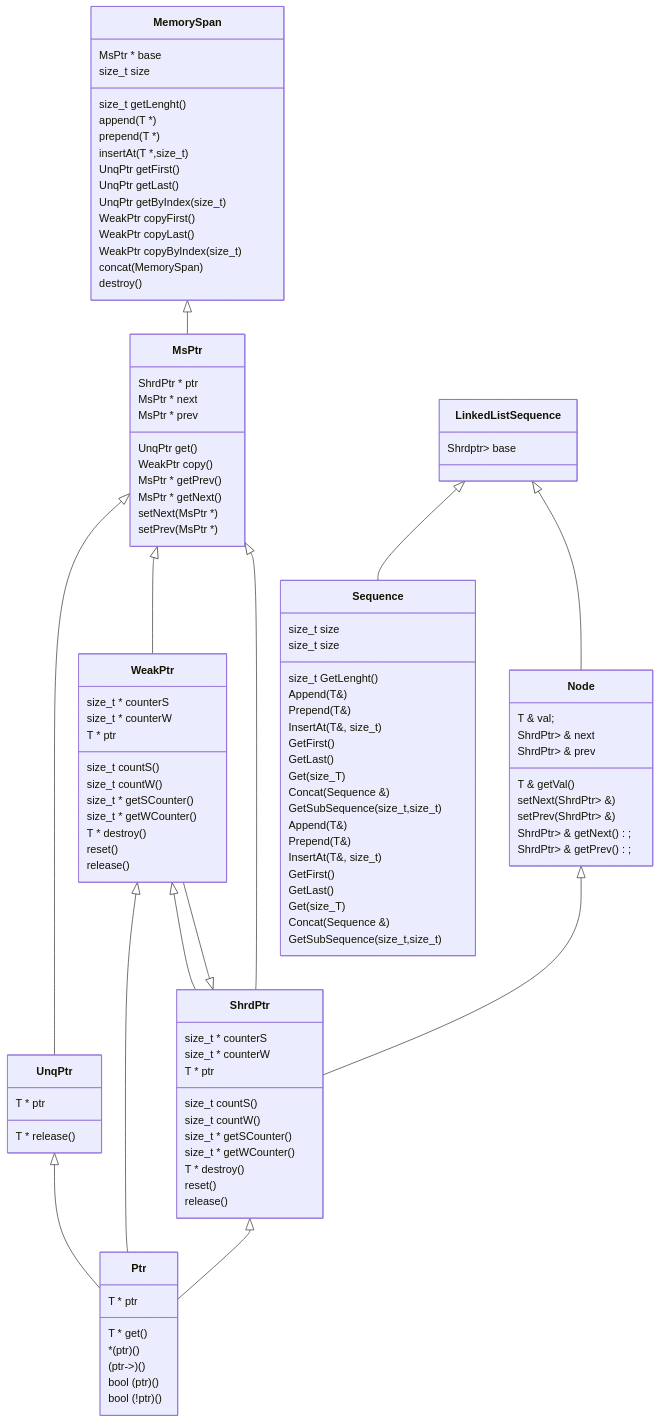
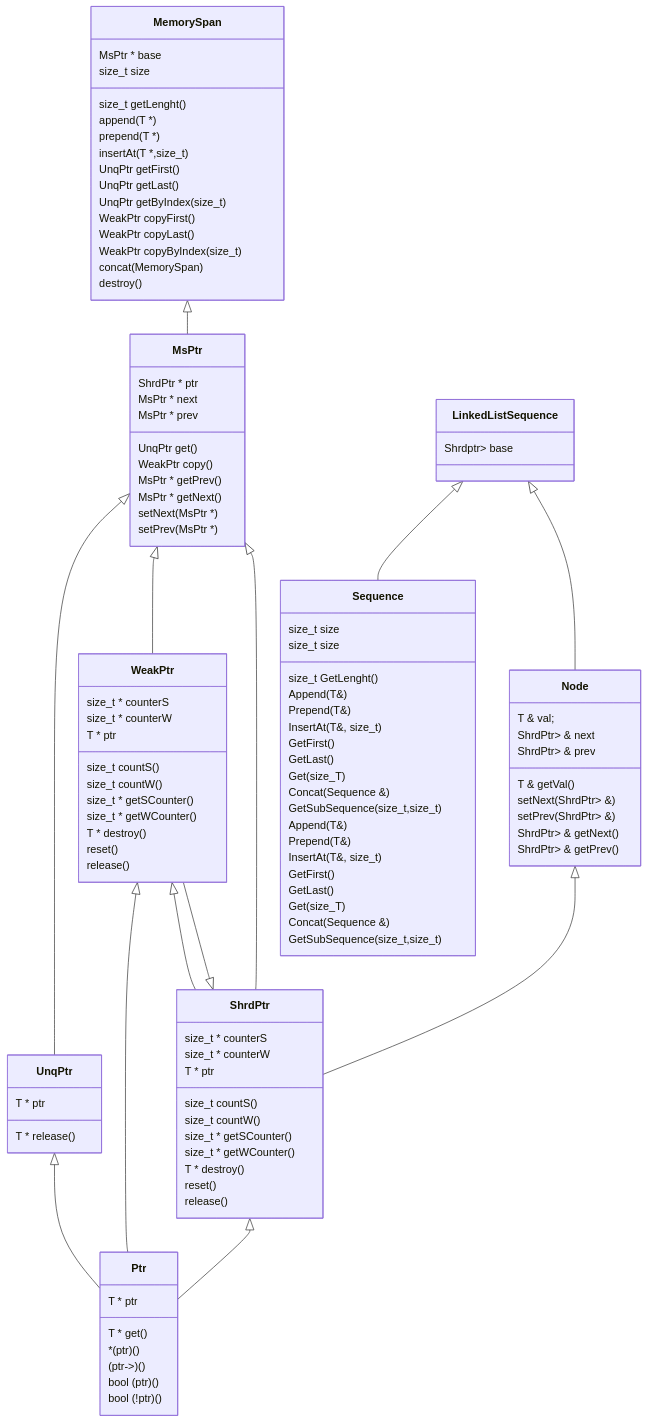
One commit to ogerion/Lab1 changed the diagram in README.md. Above: the diagram before and after it, drawn with Mermaid.

```diff
--- a/README.md
+++ b/README.md
@@ -102,8 +102,8 @@
 		T & getVal()
 		setNext(ShrdPtr<Node<T>> &)
 		setPrev(ShrdPtr<Node<T>> &)
-		ShrdPtr<Node<T>> & getNext();
-		ShrdPtr<Node<T>> & getPrev();
+		ShrdPtr<Node<T>> & getNext()
+		ShrdPtr<Node<T>> & getPrev()
 	}
 	class LinkedListSequence{
 		Shrdptr<Node<T>> base
```
